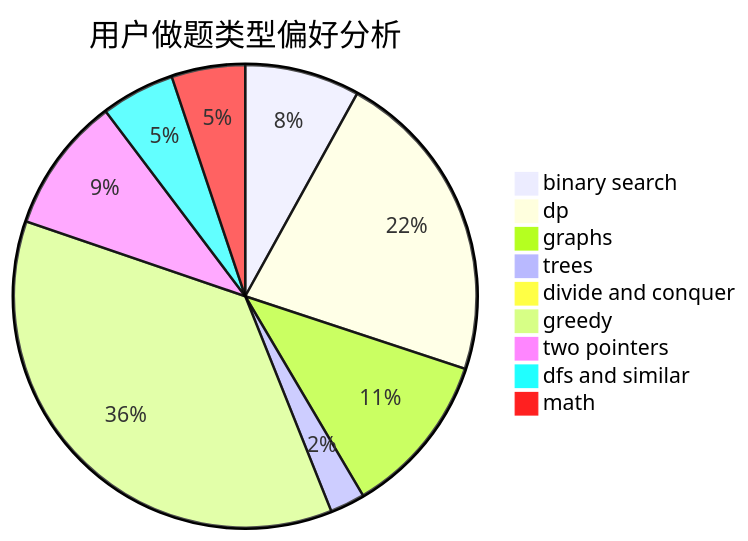
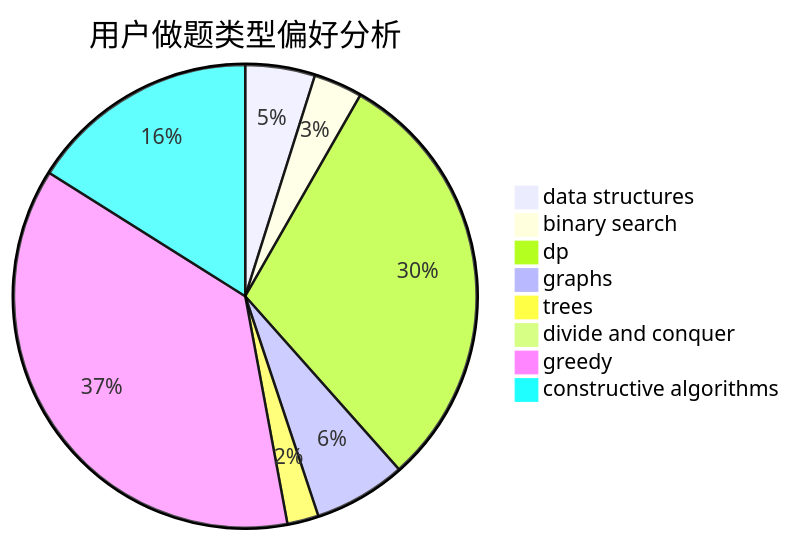
Before and after one commit to sherpahu/cfrs.github.io: the second of 3 diagrams in docs/user/u92.md, drawn with Mermaid. The commit also changed other lines of this file and 2775 other files, not shown here.

````diff
--- a/docs/user/u92.md
+++ b/docs/user/u92.md
@@ -23,12 +23,11 @@
 ```mermaid
 pie title 用户做题类型偏好分析
-    "binary search" :  267
-    "dp" :  733
-    "graphs" :  380
-    "trees" :  81
-    "divide and conquer" :  13
-    "greedy" :  1207
-    "two pointers" :  315
-    "dfs and similar" :  171
-    "math" :  171
+    "data structures" :  40
+    "binary search" :  28
+    "dp" :  248
+    "graphs" :  53
+    "trees" :  18
+    "divide and conquer" :  8
+    "greedy" :  303
+    "constructive algorithms" :  132
 ```
````
